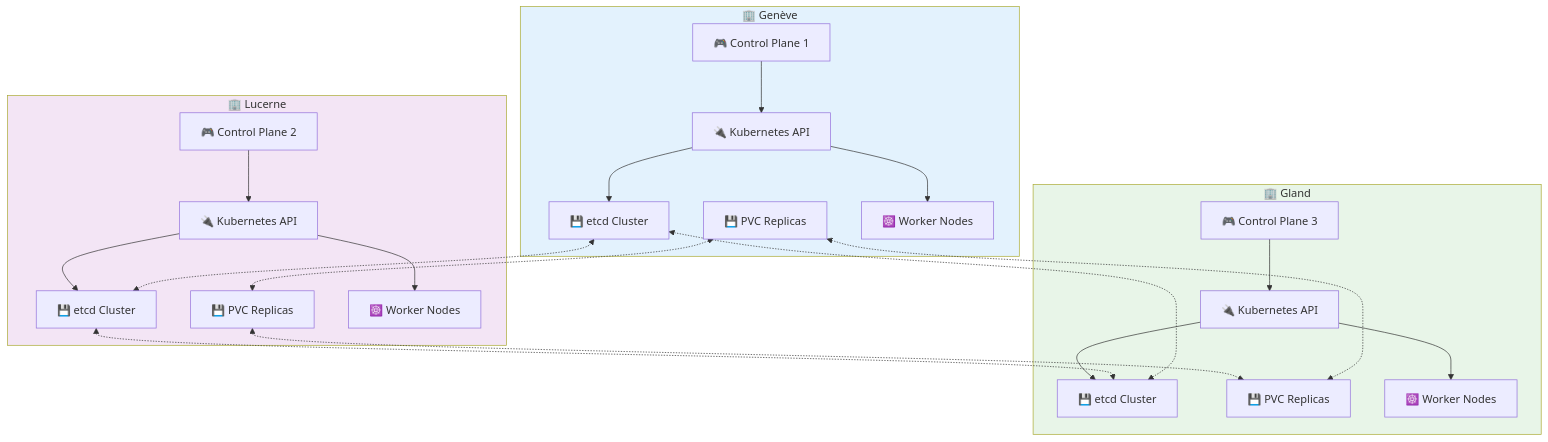
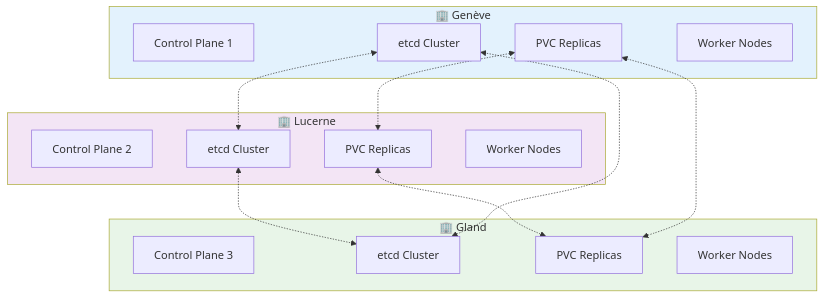
The diagram in versioned_docs/version-2.0/services/kubernetes/overview.md (HidoraSwiss/hikube-public-doc), drawn with Mermaid before and after one commit. The commit also changed other lines of this file and 8 other files, not shown here.

````diff
--- a/versioned_docs/version-2.0/services/kubernetes/overview.md
+++ b/versioned_docs/version-2.0/services/kubernetes/overview.md
@@ -37,50 +25,35 @@
 ```mermaid
 flowchart TD
     subgraph DC1["🏢 Genève"]
-        CP1["🎮 Control Plane 1"]
-        API1["🔌 Kubernetes API"]
-        ETCD1["💾 etcd Cluster"]
-        PVC1["💾 PVC Replicas"]
-        WN1["☸️ Worker Nodes"]
+        CP1["Control Plane 1"]
+        ETCD1["etcd Cluster"]
+        PVC1["PVC Replicas"]
+        WN1["Worker Nodes"]
     end
     
     subgraph DC2["🏢 Lucerne"]
-        CP2["🎮 Control Plane 2"]
-        API2["🔌 Kubernetes API"]
-        ETCD2["💾 etcd Cluster"]
-        PVC2["💾 PVC Replicas"]
-        WN2["☸️ Worker Nodes"]
+        CP2["Control Plane 2"]
+        ETCD2["etcd Cluster"]
+        PVC2["PVC Replicas"]
+        WN2["Worker Nodes"]
     end
     
     subgraph DC3["🏢 Gland"]
-        CP3["🎮 Control Plane 3"]
-        API3["🔌 Kubernetes API"]
-        ETCD3["💾 etcd Cluster"]
-        PVC3["💾 PVC Replicas"]
-        WN3["☸️ Worker Nodes"]
+        CP3["Control Plane 3"]
+        ETCD3["etcd Cluster"]
+        PVC3["PVC Replicas"]
+        WN3["Worker Nodes"]
     end
-    
-    CP1 --> API1
-    CP2 --> API2
-    CP3 --> API3
-    
-    API1 --> ETCD1
-    API2 --> ETCD2
-    API3 --> ETCD3
     
     ETCD1 <-.-> ETCD2
     ETCD2 <-.-> ETCD3
     ETCD3 <-.-> ETCD1
     
     PVC1 <-.-> PVC2
     PVC2 <-.-> PVC3
     PVC3 <-.-> PVC1
     
-    API1 --> WN1
-    API2 --> WN2
-    API3 --> WN3
-    
     style DC1 fill:#e3f2fd
     style DC2 fill:#f3e5f5
     style DC3 fill:#e8f5e8
 ```
````
